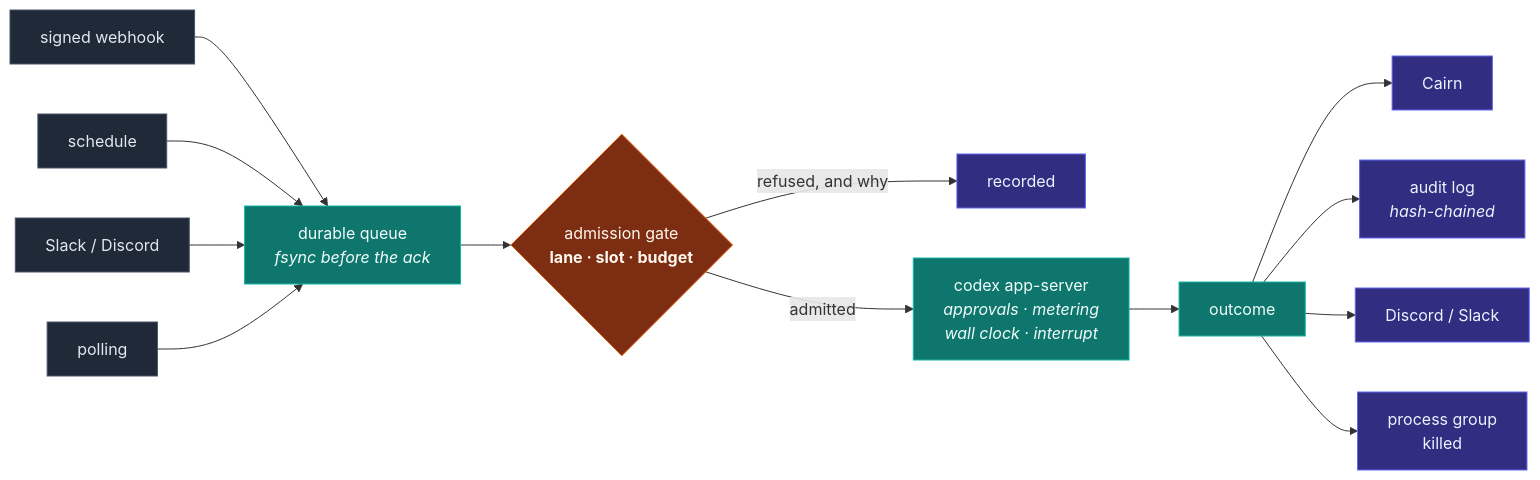
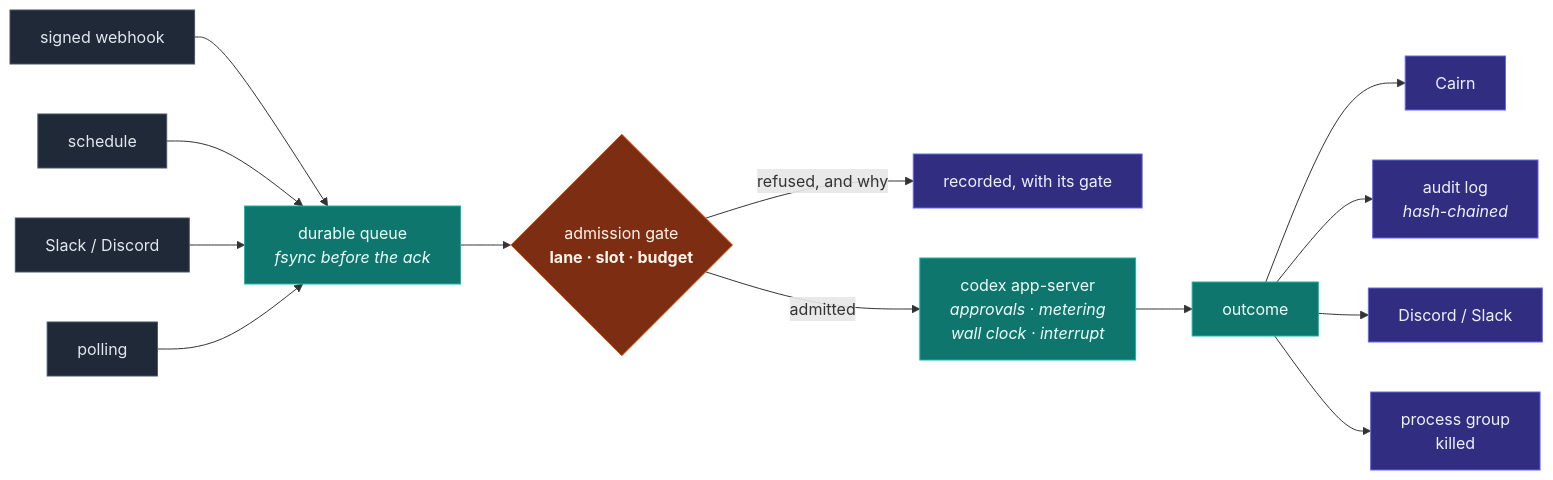
The diagram in README.md (montytorr/bothy), drawn with Mermaid before and after one commit.

Commit message:
Harden the README diagram against Mermaid's fussier corners
Renamed the 'in' class and quoted a label containing a slash. Neither is
certainly a problem, but a diagram that fails to render is the first thing
anyone sees, and the cost of being careful here is two lines.

````diff
--- a/README.md
+++ b/README.md
@@ -24,24 +24,24 @@
 ```mermaid
 flowchart LR
-    W[signed webhook]:::in --> Q
-    S[schedule]:::in --> Q
-    C[Slack / Discord]:::in --> Q
-    P[polling]:::in --> Q
+    W[signed webhook]:::src --> Q
+    S[schedule]:::src --> Q
+    C["Slack / Discord"]:::src --> Q
+    P[polling]:::src --> Q
 
     Q["durable queue<br/><i>fsync before the ack</i>"]:::core --> G
 
-    G{"admission gate<br/><b>lane · slot · budget</b>"}:::gate -->|refused, and why| R[recorded]:::out
+    G{"admission gate<br/><b>lane · slot · budget</b>"}:::gate -->|refused, and why| R["recorded, with its gate"]:::out
     G -->|admitted| K
 
     K["codex app-server<br/><i>approvals · metering<br/>wall clock · interrupt</i>"]:::core --> O
 
     O[outcome]:::core --> M[Cairn]:::out
     O --> A["audit log<br/><i>hash-chained</i>"]:::out
     O --> D[Discord / Slack]:::out
     O --> X["process group<br/>killed"]:::out
 
-    classDef in fill:#1f2937,stroke:#475569,color:#e2e8f0
+    classDef src fill:#1f2937,stroke:#475569,color:#e2e8f0
     classDef core fill:#0f766e,stroke:#14b8a6,color:#f0fdfa
     classDef gate fill:#7c2d12,stroke:#ea580c,color:#fff7ed
     classDef out fill:#312e81,stroke:#6366f1,color:#eef2ff
 ```
````
